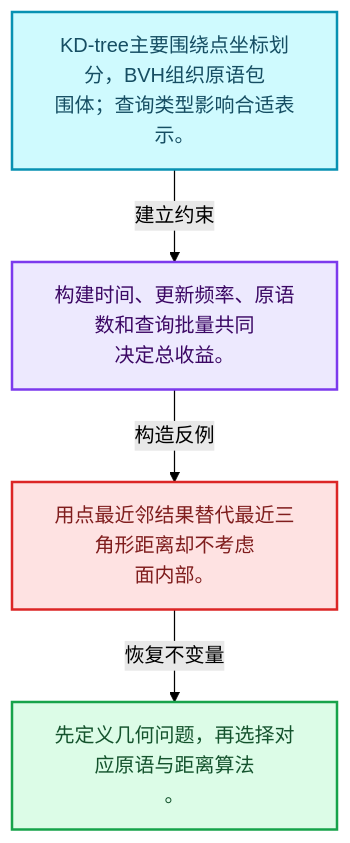
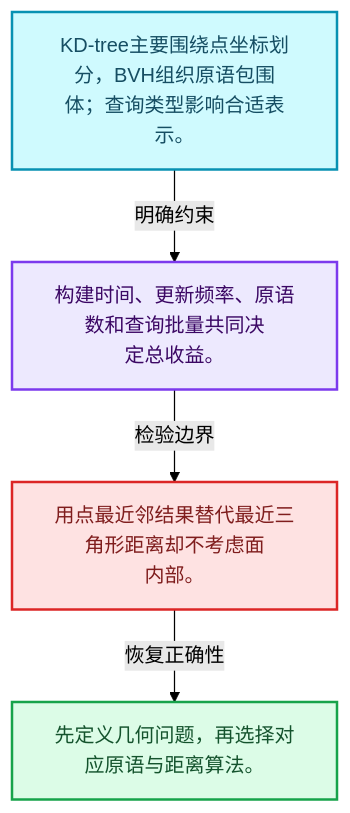
One commit to yunkezengren/blender-.vscode changed the first of 4 diagrams in 杂/markdown/全面学习-codex/12-空间数据结构与几何算法/07-Bounds与BVH对比.md. Above: the diagram before and after it, drawn with Mermaid (forest theme). The commit also changed other lines of this file and 1930 other files, not shown here.

````diff
--- a/杂/markdown/全面学习-codex/12-空间数据结构与几何算法/07-Bounds与BVH对比.md
+++ b/杂/markdown/全面学习-codex/12-空间数据结构与几何算法/07-Bounds与BVH对比.md
@@ -29,16 +29,16 @@
 ```mermaid
 flowchart TB
-  M["KD-tree主要围绕点坐标划分，BVH组织原语包<br/>围体；查询类型影响合适表示。"]:::data
-  T["构建时间、更新频率、原语数和查询批量共同<br/>决定总收益。"]:::abstraction
-  X["用点最近邻结果替代最近三角形距离却不考虑<br/>面内部。"]:::error
-  A["先定义几何问题，再选择对应原语与距离算法<br/>。"]:::result
-  M -->|"建立约束"| T
-  T -->|"构造反例"| X
-  X -->|"恢复不变量"| A
+  M["KD-tree主要围绕点坐标划分，BVH组织原语包围<br/>体；查询类型影响合适表示。"]:::data
+  C["构建时间、更新频率、原语数和查询批量共同决<br/>定总收益。"]:::abstraction
+  B["用点最近邻结果替代最近三角形距离却不考虑面<br/>内部。"]:::error
+  R["先定义几何问题，再选择对应原语与距离算法。"]:::result
+  M -->|"明确约束"| C
+  C -->|"检验边界"| B
+  B -->|"恢复正确性"| R
   classDef input fill:#DBEAFE,stroke:#2563EB,color:#172554,stroke-width:2px;
   classDef data fill:#CFFAFE,stroke:#0891B2,color:#164E63,stroke-width:2px;
   classDef abstraction fill:#EDE9FE,stroke:#7C3AED,color:#3B0764,stroke-width:2px;
   classDef compute fill:#FEF3C7,stroke:#D97706,color:#78350F,stroke-width:2px;
   classDef result fill:#DCFCE7,stroke:#16A34A,color:#14532D,stroke-width:2px;
   classDef error fill:#FEE2E2,stroke:#DC2626,color:#7F1D1D,stroke-width:2px;
 ```
````
